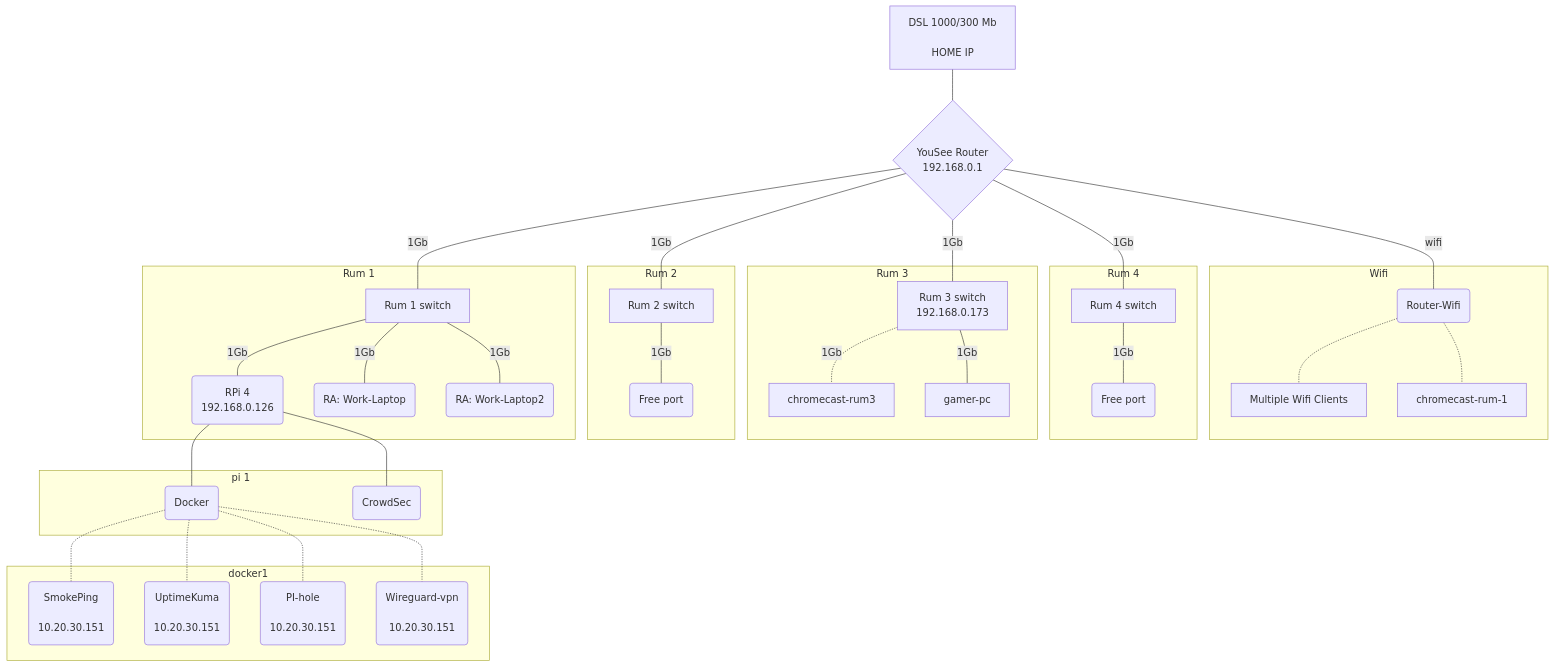
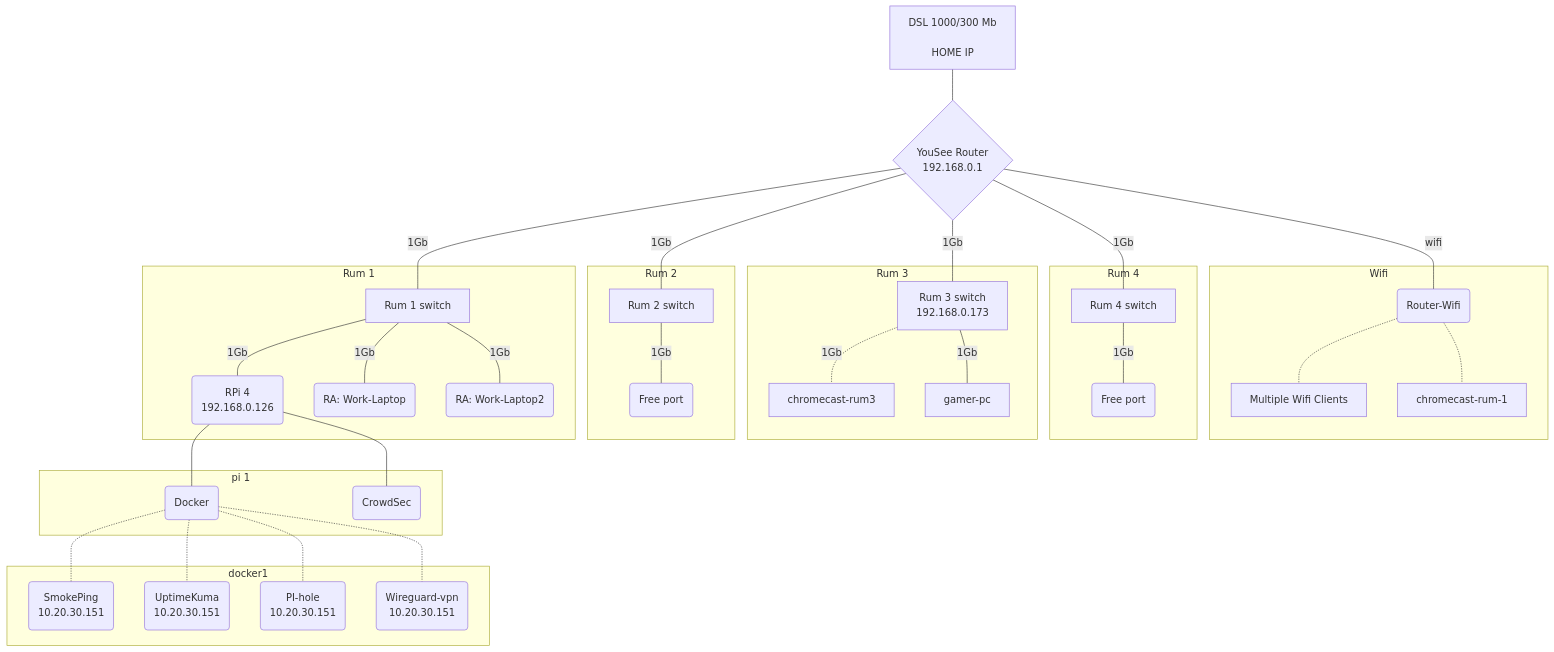
One commit to alf149/ansible changed the diagram in Docs/Index.md. Above: the diagram before and after it, drawn with Mermaid.

````diff
--- a/Docs/Index.md
+++ b/Docs/Index.md
@@ -3,49 +3,49 @@
 ```mermaid
 graph TB
  linkStyle default interpolate basis
  wan1[<center>DSL 1000/300 Mb<br><br>HOME IP</center>]---router{<center>YouSee Router<br>192.168.0.1</center>}
  router---|1Gb|rum_1[<center>Rum 1 switch</center>]
  router---|1Gb|rum_2[<center>Rum 2 switch</center>]
  router---|1Gb|rum_3[<center>Rum 3 switch<br>192.168.0.173</center>]
  router---|1Gb|rum_4[<center>Rum 4 switch</center>]
  router---|wifi|ac_wifi(<center>Router-Wifi</center>)
 
 subgraph Wifi
 ac_wifi-.-Multiple[<center>Multiple Wifi Clients</center>]
 ac_wifi-.-chromecast-rum-1
 end
 
 subgraph Rum 4
 rum_4---|1Gb|free_2(<center>Free port</center>)
 end
 
 
 subgraph Rum 3
 rum_3-.-|1Gb|chromecast-rum3
 rum_3---|1Gb|gamer-pc
 end
 
 subgraph Rum 2
 rum_2---|1Gb|free_1(<center>Free port</center>)
 end
 
 subgraph Rum 1
 rum_1---|1Gb|pi(<center>RPi 4<br>192.168.0.126</center>)
 rum_1---|1Gb|work(<center>RA: Work-Laptop</center>)
 rum_1---|1Gb|work-lab(<center>RA: Work-Laptop2</center>)
 end
 
     subgraph pi 1
     pi---docker(<center>Docker</center>)
     pi---crowdsec(<center>CrowdSec</center>)
     end
 
     subgraph docker1
-    docker-.-smokeping(<center>SmokePing<br><br>10.20.30.151</center>)
-    docker-.-uptimeKuma(<center>UptimeKuma<br><br>10.20.30.151</center>)
-    docker-.-pihole(<center>PI-hole<br><br>10.20.30.151</center>)
-    docker-.-wireguardvpn(<center>Wireguard-vpn<br><br>10.20.30.151</center>)
+    docker-.-smokeping(<center>SmokePing<br>10.20.30.151</center>)
+    docker-.-uptimeKuma(<center>UptimeKuma<br>10.20.30.151</center>)
+    docker-.-pihole(<center>PI-hole<br>10.20.30.151</center>)
+    docker-.-wireguardvpn(<center>Wireguard-vpn<br>10.20.30.151</center>)
     end
 
 
 ```
````
